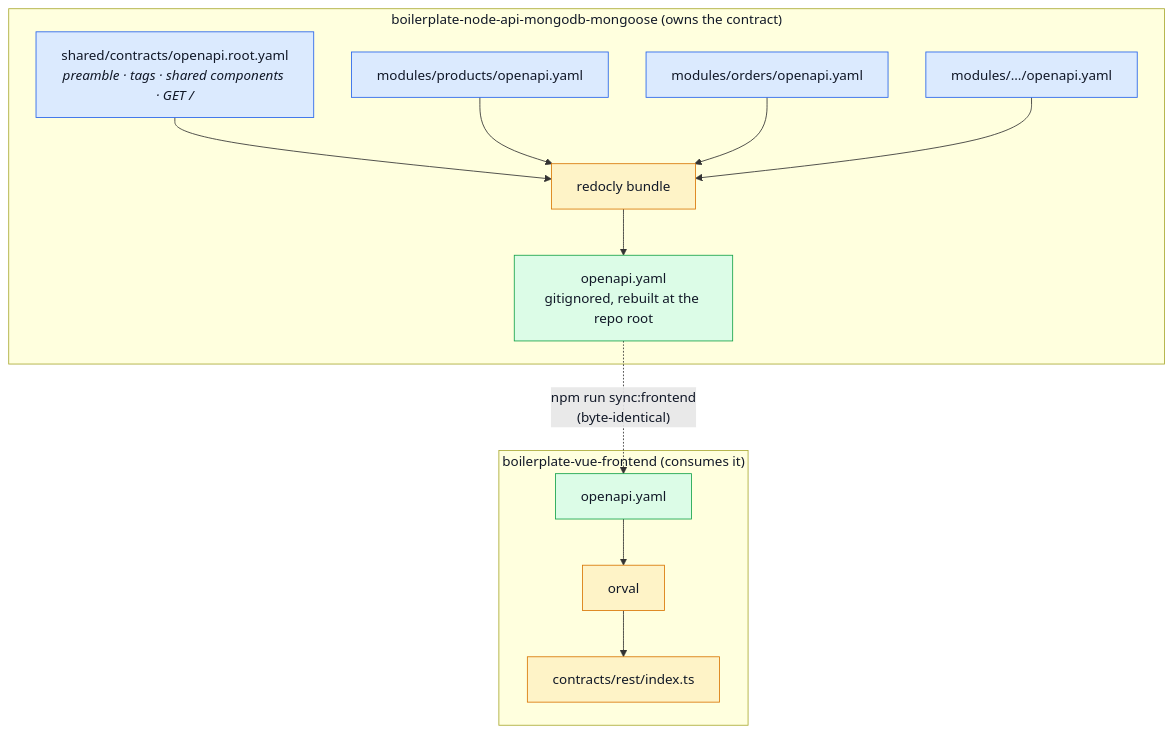
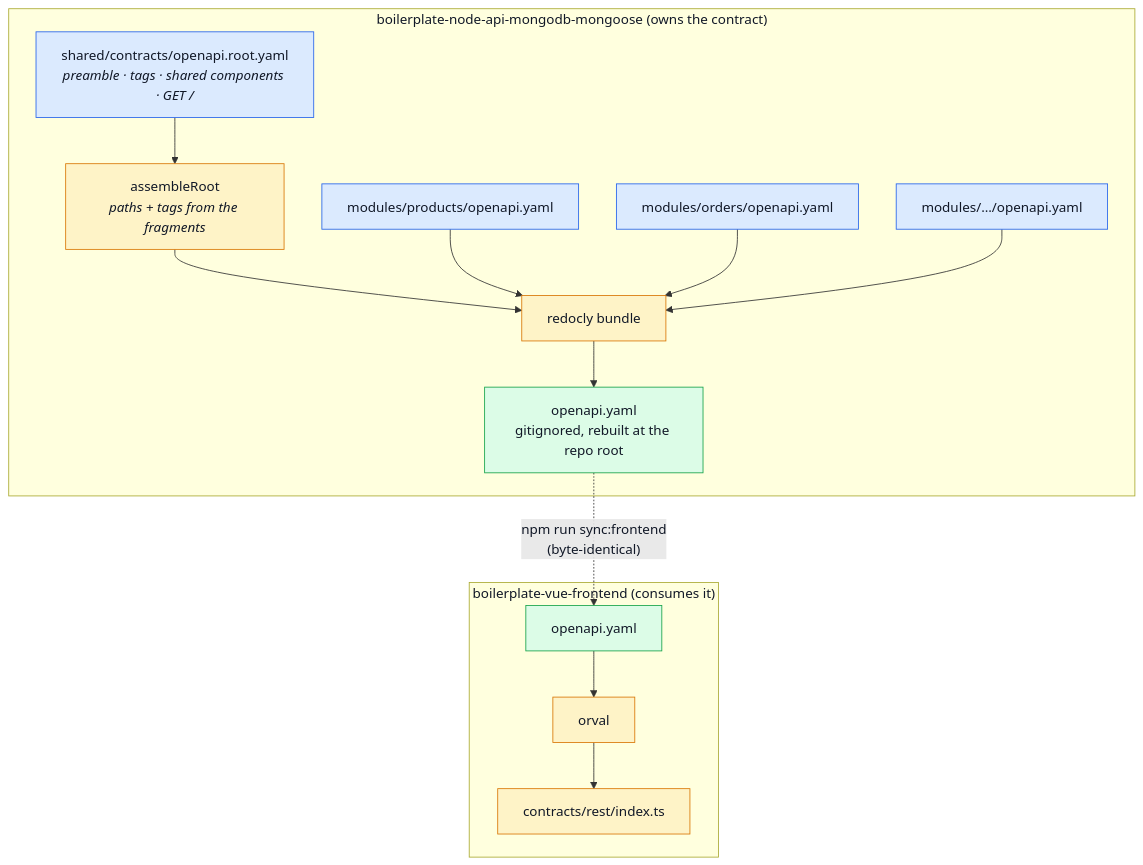
The diagram in docs/api/contract-fragmentation.md (Guebbit/boilerplate-node-backend), drawn with Mermaid before and after one commit. The commit also changed other lines of this file and 13 other files, not shown here.

First line of the commit message:
feat(contracts): the root contract and the probes are completed from the module folders

````diff
--- a/docs/api/contract-fragmentation.md
+++ b/docs/api/contract-fragmentation.md
@@ -81,24 +81,24 @@
 ```mermaid
 %%{init: {'flowchart': {'nodeSpacing': 45, 'rankSpacing': 55}}}%%
 flowchart TD
     subgraph BE["boilerplate-node-api-mongodb-mongoose  (owns the contract)"]
-        H["shared/contracts/openapi.root.yaml<br/><i>preamble · tags · shared components · GET /</i>"] --> B["redocly bundle"]
+        H["shared/contracts/openapi.root.yaml<br/><i>preamble · tags · shared components · GET /</i>"] --> AR["assembleRoot<br/><i>paths + tags from the fragments</i>"] --> B["redocly bundle"]
         F1["modules/products/openapi.yaml"] --> B
         F2["modules/orders/openapi.yaml"] --> B
         F3["modules/…/openapi.yaml"] --> B
         B --> ROOT["openapi.yaml<br/>gitignored, rebuilt at the repo root"]
     end
 
     ROOT -.->|"npm run sync:frontend<br/>(byte-identical)"| FEROOT
 
     subgraph FE["boilerplate-vue-frontend  (consumes it)"]
         FEROOT["openapi.yaml"] --> ORVAL[orval] --> CLIENT["contracts/rest/index.ts"]
     end
 
     classDef frag fill:#dbeafe,stroke:#2563eb,color:#111827;
     classDef root fill:#dcfce7,stroke:#16a34a,color:#111827;
     classDef tool fill:#fef3c7,stroke:#d97706,color:#111827;
     class H,F1,F2,F3 frag;
     class ROOT,FEROOT root;
-    class B,ORVAL,CLIENT tool;
+    class B,AR,ORVAL,CLIENT tool;
 ```
````
